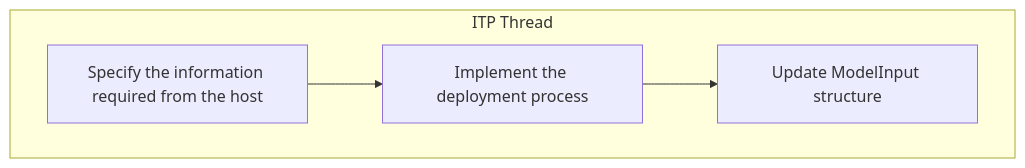
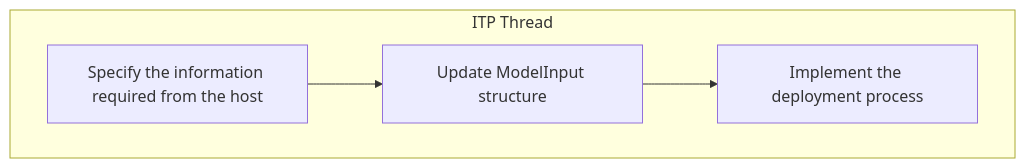
One commit to neuralmidifx/neuralmidifx.github.io changed the third of 6 diagrams in docs/ImplementationCheckList.md. Above: the diagram before and after it, drawn with Mermaid. The commit also changed other lines of this file and 1 other file, not shown here.

Commit message:
Deployment Threads description

````diff
--- a/docs/ImplementationCheckList.md
+++ b/docs/ImplementationCheckList.md
@@ -60,8 +60,8 @@
 ```mermaid
 graph TD
     %% ITP Thread
     subgraph ITPThread["ITP Thread"]
-        C1[Specify the information required from the host] --> C2[Implement the deployment process]
-        C2 --> C3[Update ModelInput structure]
+        C1[Specify the information required from the host] --> C2[Update ModelInput structure]
+        C2 --> C3[Implement the deployment process]
     end
 ```
````
